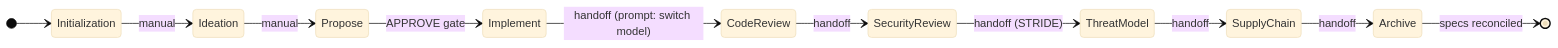
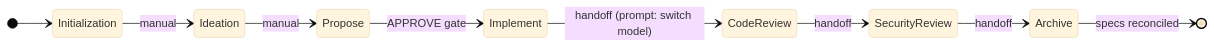
The second of 3 diagrams in docs/onespec-proposal.md (voyager163/onespec), drawn with Mermaid (base theme) before and after one commit. The commit also changed other lines of this file, not shown here.

First line of the commit message:
docs: lock in methodology, hybrid cadence & milestone model

````diff
--- a/docs/onespec-proposal.md
+++ b/docs/onespec-proposal.md
@@ -95,14 +101,12 @@
 ```mermaid
 stateDiagram-v2
   direction LR
   [*] --> Initialization
   Initialization --> Ideation: manual
   Ideation --> Propose: manual
   Propose --> Implement: APPROVE gate
   Implement --> CodeReview: handoff (prompt: switch model)
   CodeReview --> SecurityReview: handoff
-  SecurityReview --> ThreatModel: handoff (STRIDE)
-  ThreatModel --> SupplyChain: handoff
-  SupplyChain --> Archive: handoff
+  SecurityReview --> Archive: handoff
   Archive --> [*]: specs reconciled
 ```
````
